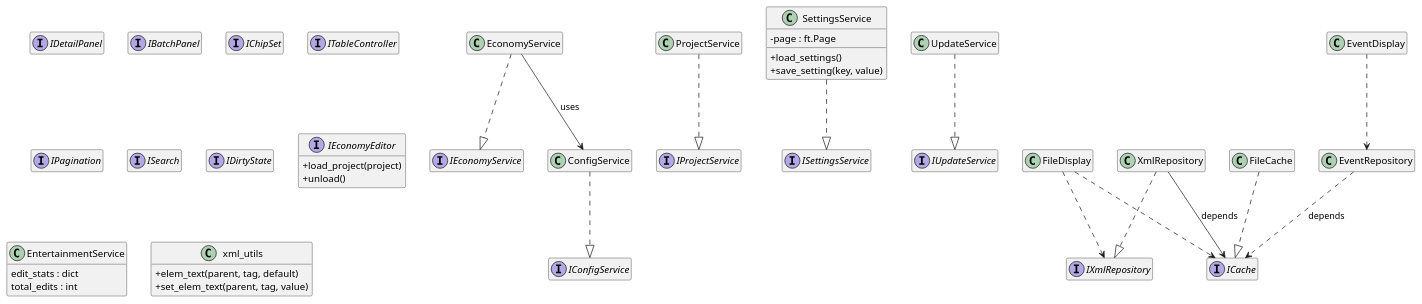
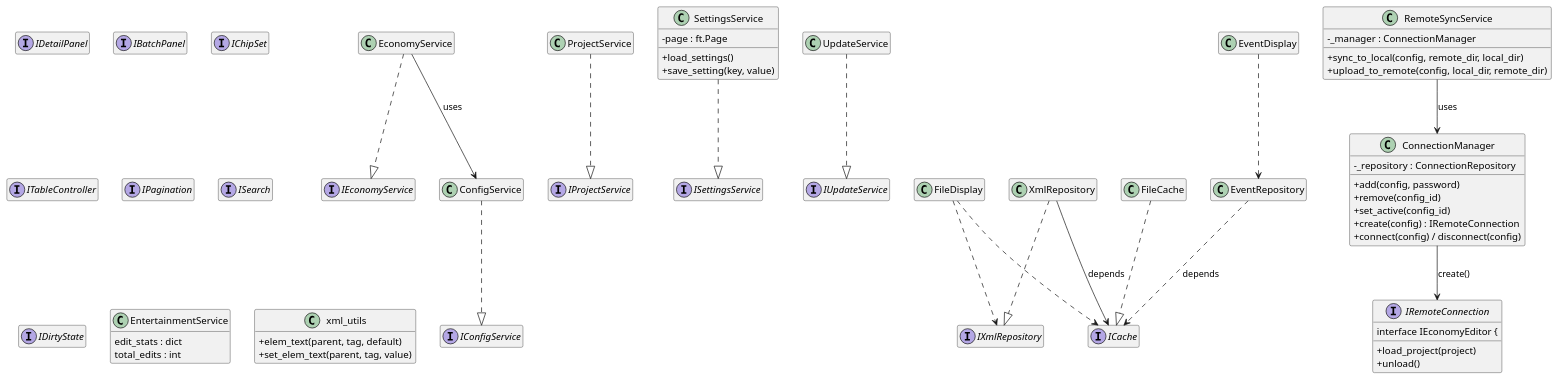
Before and after one commit to qotique/yetee: the diagram in docs/diagrams/class-services.puml, drawn with PlantUML. The commit also changed 29 other files, not shown here.

First line of the commit message:
feat: add remote SSH/FTP connections with auto-upload

```diff
--- a/docs/diagrams/class-services.puml
+++ b/docs/diagrams/class-services.puml
@@ -1,75 +1,91 @@
 @startuml
 ' Services and the Protocol interfaces they implement (src/protocols.py).
 ' Regenerated from code: uv run pyreverse src -o puml -p yetee -d docs/diagrams/generated
 '
 ' Сервисы и реализуемые ими Protocol-интерфейсы (src/protocols.py).
 ' Регенерируется из кода: uv run pyreverse src -o puml -p yetee -d docs/diagrams/generated
 
 skinparam classAttributeIconSize 0
 hide empty members
 
 ' ---- Протоколы (src/protocols.py) ----
 interface IConfigService
 interface IEconomyService
 interface IProjectService
 interface ISettingsService
 interface IUpdateService
 interface IXmlRepository
 interface ICache
 interface IDetailPanel
 interface IBatchPanel
 interface IChipSet
 interface ITableController
 interface IPagination
 interface ISearch
 interface IDirtyState
+interface IRemoteConnection {
 
 ' ---- UI Protocols / UI-протоколы ----
 interface IEconomyEditor {
   + load_project(project)
   + unload()
 }
 
 ' ---- Services ----
 class ConfigService
 class EconomyService
 class ProjectService
 class SettingsService {
   - page : ft.Page
   + load_settings()
   + save_setting(key, value)
 }
 class UpdateService
 class EntertainmentService {
   edit_stats : dict
   total_edits : int
 }
 class FileCache
 class XmlRepository
 class EventRepository
+class ConnectionManager {
+  - _repository : ConnectionRepository
+  + add(config, password)
+  + remove(config_id)
+  + set_active(config_id)
+  + create(config) : IRemoteConnection
+  + connect(config) / disconnect(config)
+}
+class RemoteSyncService {
+  - _manager : ConnectionManager
+  + sync_to_local(config, remote_dir, local_dir)
+  + upload_to_remote(config, local_dir, remote_dir)
+}
 
 ConfigService ..|> IConfigService
 EconomyService ..|> IEconomyService
 ProjectService ..|> IProjectService
 SettingsService ..|> ISettingsService
 UpdateService ..|> IUpdateService
 XmlRepository ..|> IXmlRepository
 XmlRepository --> ICache : "depends"
 EventRepository ..> ICache : "depends"
 FileCache ..|> ICache
+ConnectionManager --> IRemoteConnection : "create()"
+RemoteSyncService --> ConnectionManager : "uses "
 
 ' DI wires everything (composition root, src/di.py)
 FileDisplay ..> IXmlRepository
 FileDisplay ..> ICache
 EventDisplay ..> EventRepository
 
 ' EconomyService dereferences XML files through ConfigService
 EconomyService --> ConfigService : "uses"
 
 ' Utilities / Утилиты
 class xml_utils {
   + elem_text(parent, tag, default)
   + set_elem_text(parent, tag, value)
 }
 
 @enduml
```
